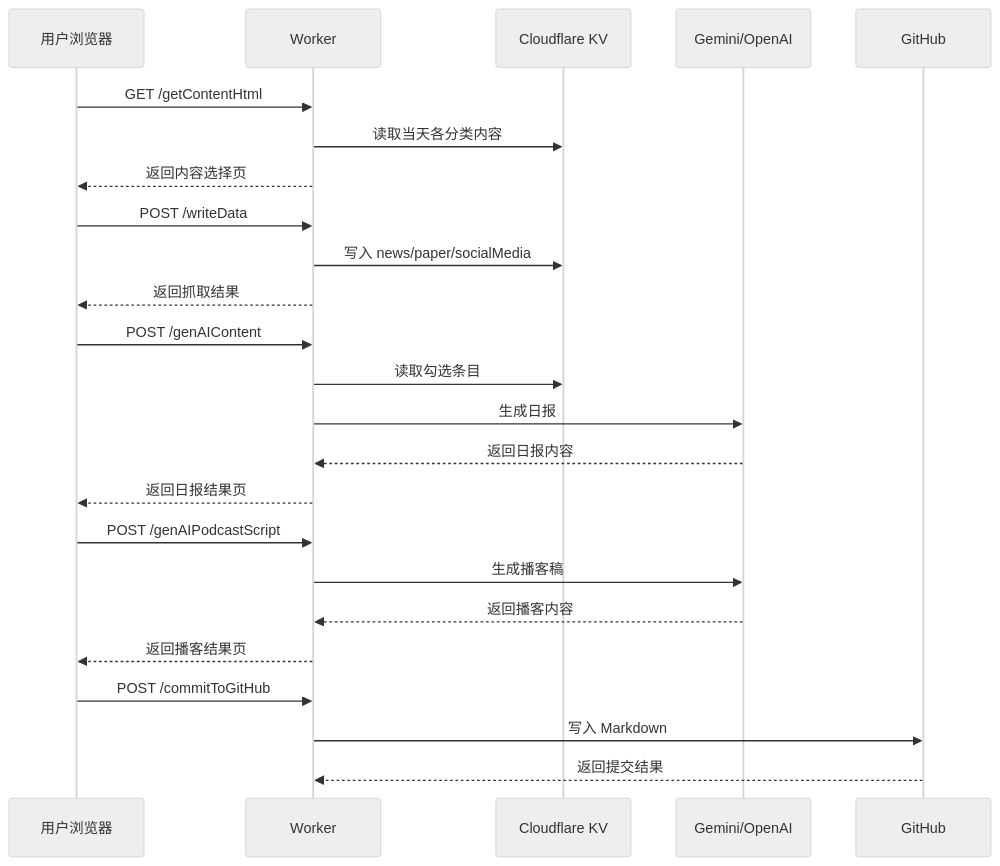
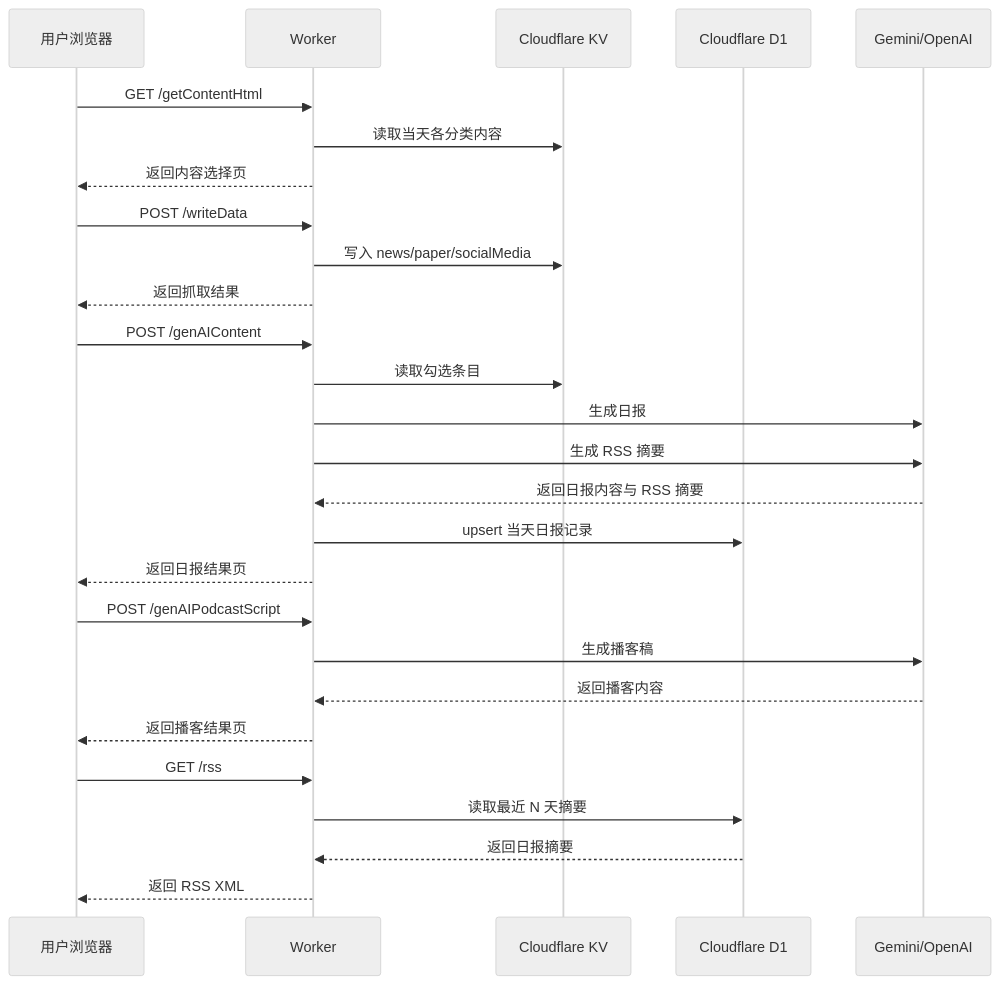
The second of 2 diagrams in docs/API_ROUTES.md (wenson/CloudFlare-AI-Insight-Daily), drawn with Mermaid (neutral theme) before and after one commit. The commit also changed other lines of this file and 19 other files, not shown here.

````diff
--- a/docs/API_ROUTES.md
+++ b/docs/API_ROUTES.md
@@ -32,31 +28,34 @@
 ```mermaid
 sequenceDiagram
     participant U as 用户浏览器
     participant W as Worker
     participant KV as Cloudflare KV
+    participant D1 as Cloudflare D1
     participant AI as Gemini/OpenAI
-    participant GH as GitHub
 
     U->>W: GET /getContentHtml
     W->>KV: 读取当天各分类内容
     W-->>U: 返回内容选择页
 
     U->>W: POST /writeData
     W->>KV: 写入 news/paper/socialMedia
     W-->>U: 返回抓取结果
 
     U->>W: POST /genAIContent
     W->>KV: 读取勾选条目
     W->>AI: 生成日报
-    AI-->>W: 返回日报内容
+    W->>AI: 生成 RSS 摘要
+    AI-->>W: 返回日报内容与 RSS 摘要
+    W->>D1: upsert 当天日报记录
     W-->>U: 返回日报结果页
 
     U->>W: POST /genAIPodcastScript
     W->>AI: 生成播客稿
     AI-->>W: 返回播客内容
     W-->>U: 返回播客结果页
 
-    U->>W: POST /commitToGitHub
-    W->>GH: 写入 Markdown
-    GH-->>W: 返回提交结果
+    U->>W: GET /rss
+    W->>D1: 读取最近 N 天摘要
+    D1-->>W: 返回日报摘要
+    W-->>U: 返回 RSS XML
 ```
````
